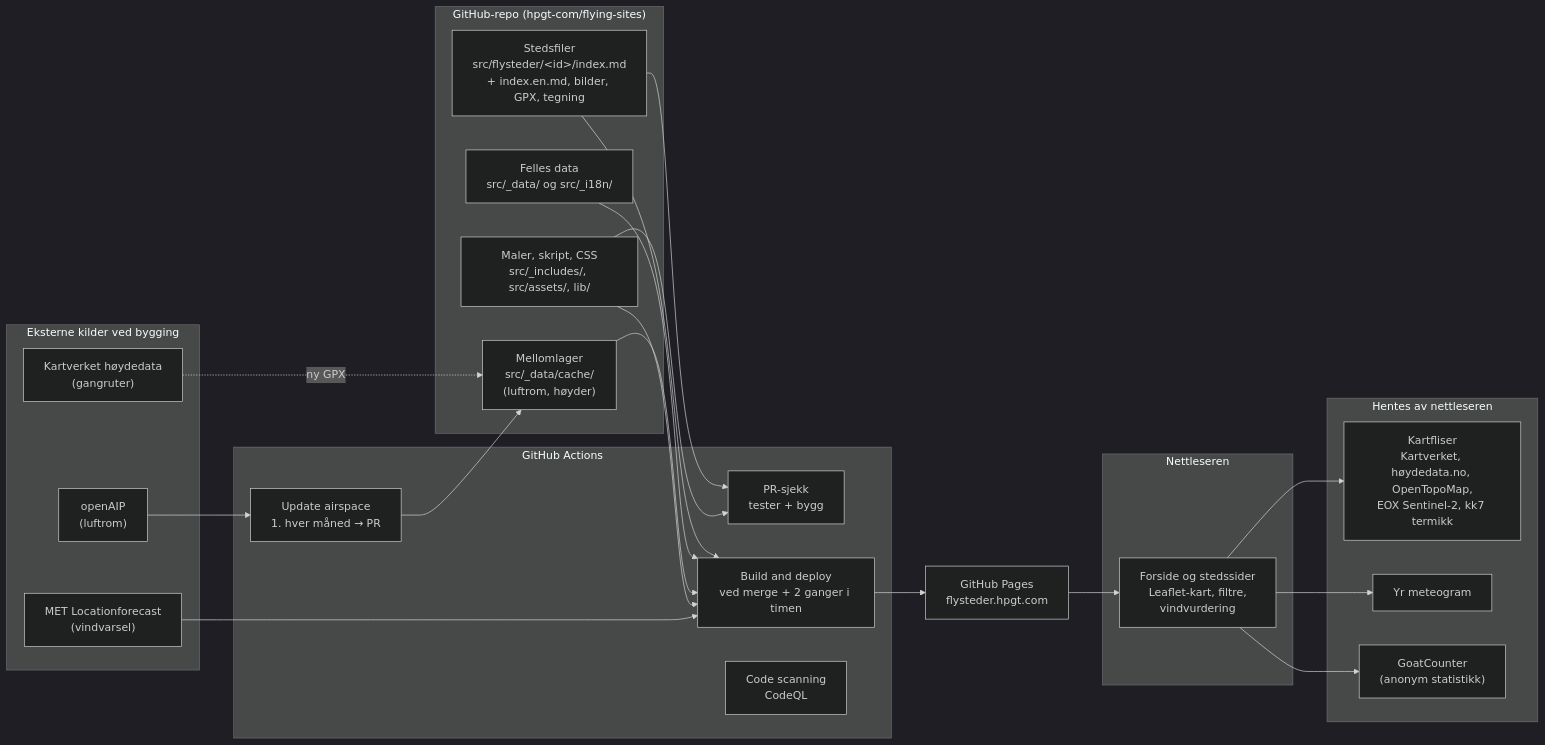
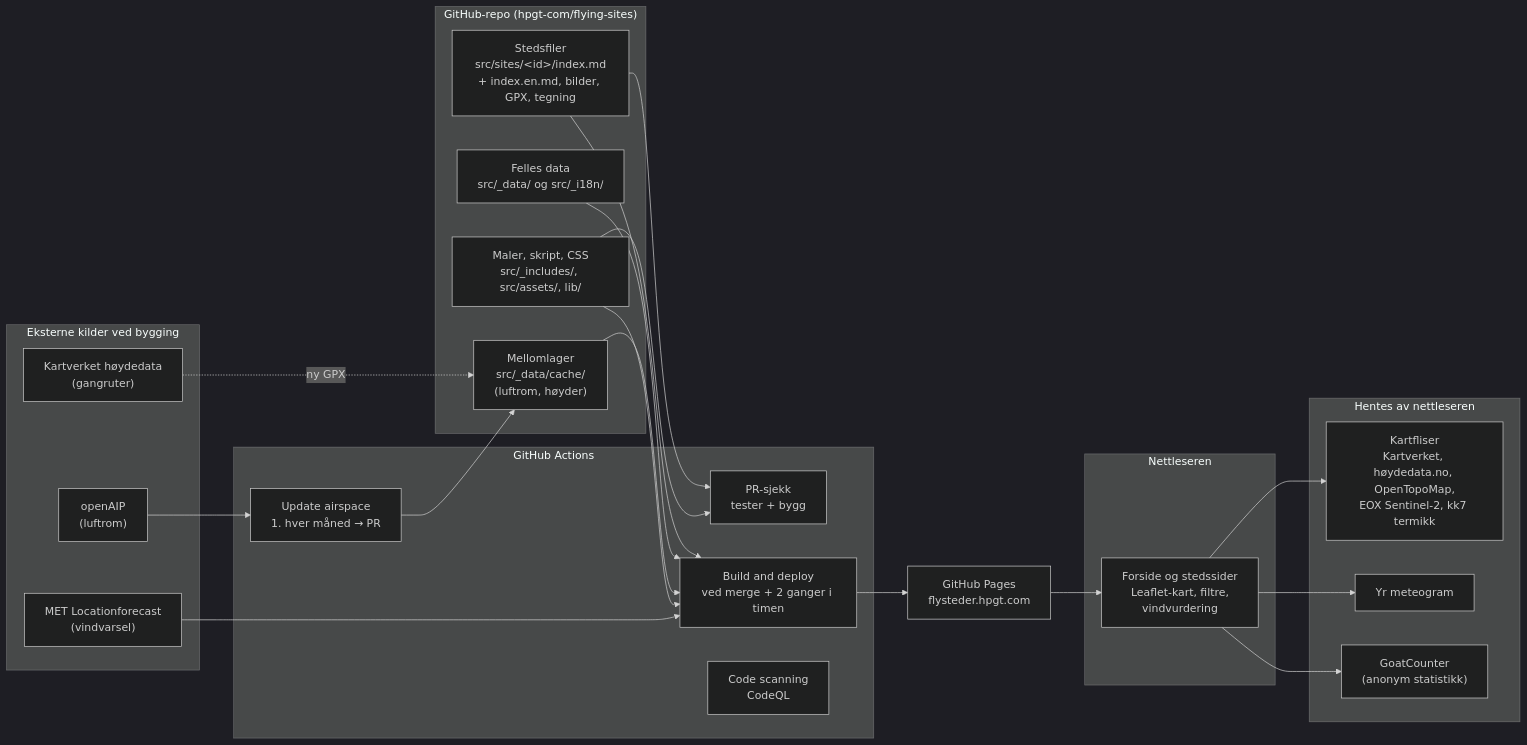
Before and after one commit to hpgt-com/flying-sites: the first of 6 diagrams in docs/architecture.md, drawn with Mermaid (dark theme). The commit also changed other lines of this file and 190 other files, not shown here.

First line of the commit message:
Interne filnavn på engelsk: src/flysteder/ → src/sites/, luftrom.njk → towers.njk

````diff
--- a/docs/architecture.md
+++ b/docs/architecture.md
@@ -13,42 +13,42 @@
 ```mermaid
 flowchart LR
   subgraph repo["GitHub-repo (hpgt-com/flying-sites)"]
-    sites["Stedsfiler<br/>src/flysteder/&lt;id&gt;/index.md<br/>+ index.en.md, bilder, GPX, tegning"]
+    sites["Stedsfiler<br/>src/sites/&lt;id&gt;/index.md<br/>+ index.en.md, bilder, GPX, tegning"]
     data["Felles data<br/>src/_data/ og src/_i18n/"]
     cache["Mellomlager<br/>src/_data/cache/<br/>(luftrom, høyder)"]
     code["Maler, skript, CSS<br/>src/_includes/, src/assets/, lib/"]
   end
 
   subgraph actions["GitHub Actions"]
     prcheck["PR-sjekk<br/>tester + bygg"]
     deploy["Build and deploy<br/>ved merge + 2 ganger i timen"]
     airspace["Update airspace<br/>1. hver måned → PR"]
     scan["Code scanning<br/>CodeQL"]
   end
 
   subgraph ext["Eksterne kilder ved bygging"]
     met["MET Locationforecast<br/>(vindvarsel)"]
     kv["Kartverket høydedata<br/>(gangruter)"]
     oaip["openAIP<br/>(luftrom)"]
   end
 
   pages["GitHub Pages<br/>flysteder.hpgt.com"]
 
   subgraph browser["Nettleseren"]
     ui["Forside og stedssider<br/>Leaflet-kart, filtre,<br/>vindvurdering"]
   end
 
   subgraph runtime["Hentes av nettleseren"]
     tiles["Kartfliser<br/>Kartverket, høydedata.no, OpenTopoMap,<br/>EOX Sentinel-2, kk7 termikk"]
     yr["Yr meteogram"]
     gc["GoatCounter<br/>(anonym statistikk)"]
   end
 
   sites & data & cache & code --> deploy
   sites & code --> prcheck
   met --> deploy
   kv -. "ny GPX" .-> cache
   oaip --> airspace --> cache
   deploy --> pages --> ui
   ui --> tiles & yr & gc
 ```
````
